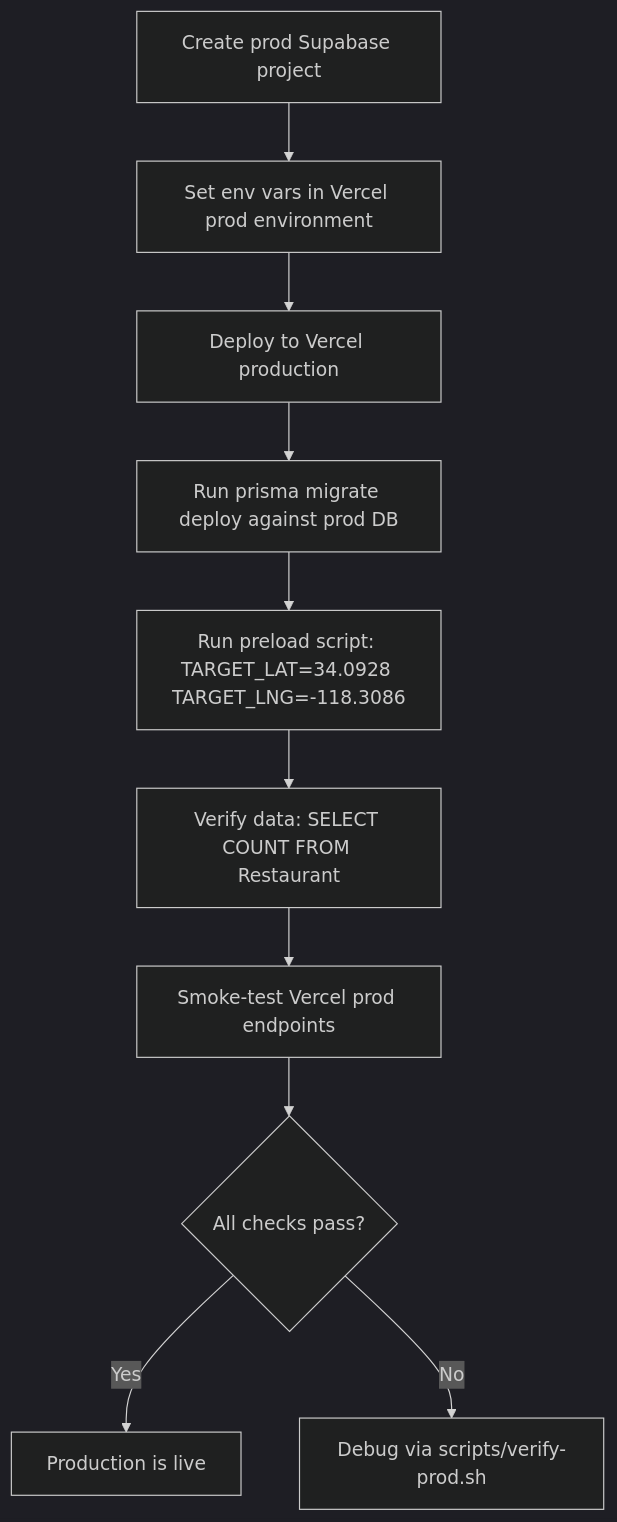
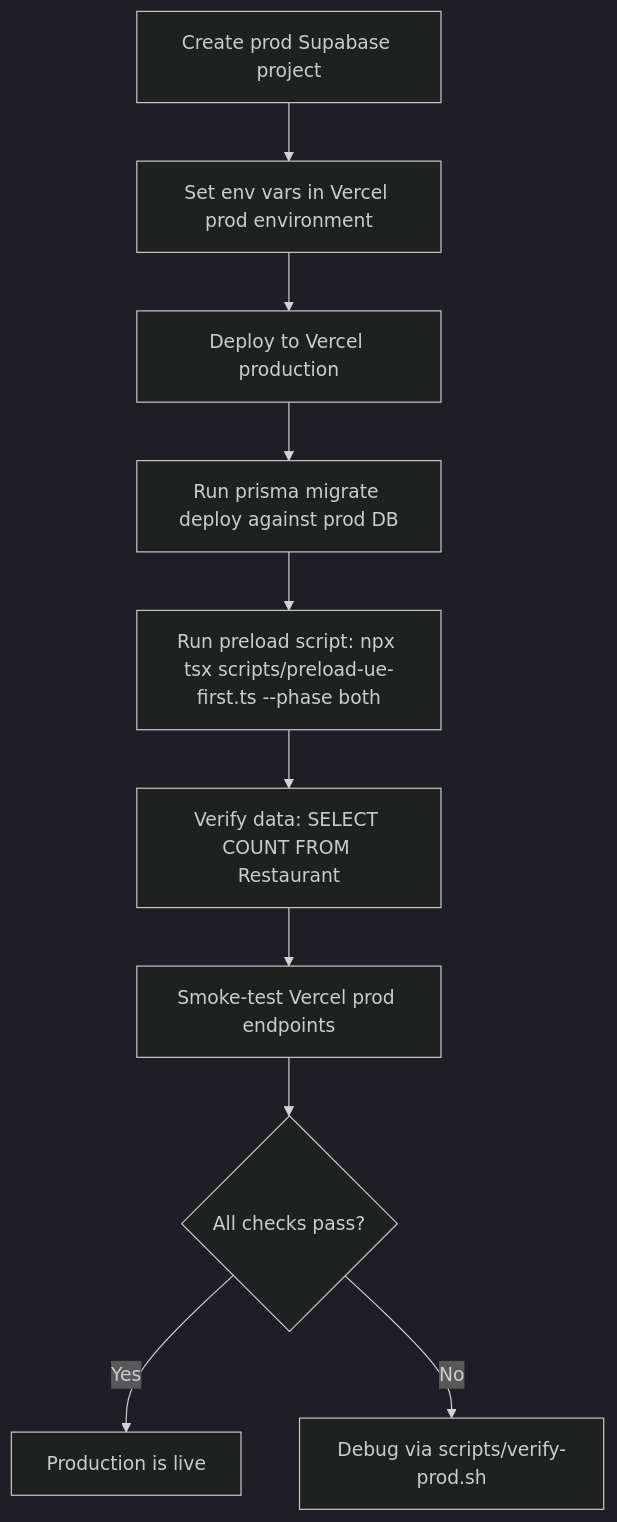
One commit to dgmolla/fitsy changed the diagram in docs/engineering/devops/production-deployment.md. Above: the diagram before and after it, drawn with Mermaid (dark theme). The commit also changed other lines of this file and 133 other files, not shown here.

````diff
--- a/docs/engineering/devops/production-deployment.md
+++ b/docs/engineering/devops/production-deployment.md
@@ -30,12 +30,12 @@
 ```mermaid
 flowchart TD
     A[Create prod Supabase project] --> B[Set env vars in Vercel prod environment]
     B --> C[Deploy to Vercel production]
     C --> D[Run prisma migrate deploy against prod DB]
-    D --> E[Run preload script: TARGET_LAT=34.0928 TARGET_LNG=-118.3086]
+    D --> E[Run preload script: npx tsx scripts/preload-ue-first.ts --phase both]
     E --> F[Verify data: SELECT COUNT FROM Restaurant]
     F --> G[Smoke-test Vercel prod endpoints]
     G --> H{All checks pass?}
     H -- Yes --> I[Production is live]
     H -- No --> J[Debug via scripts/verify-prod.sh]
 ```
````
